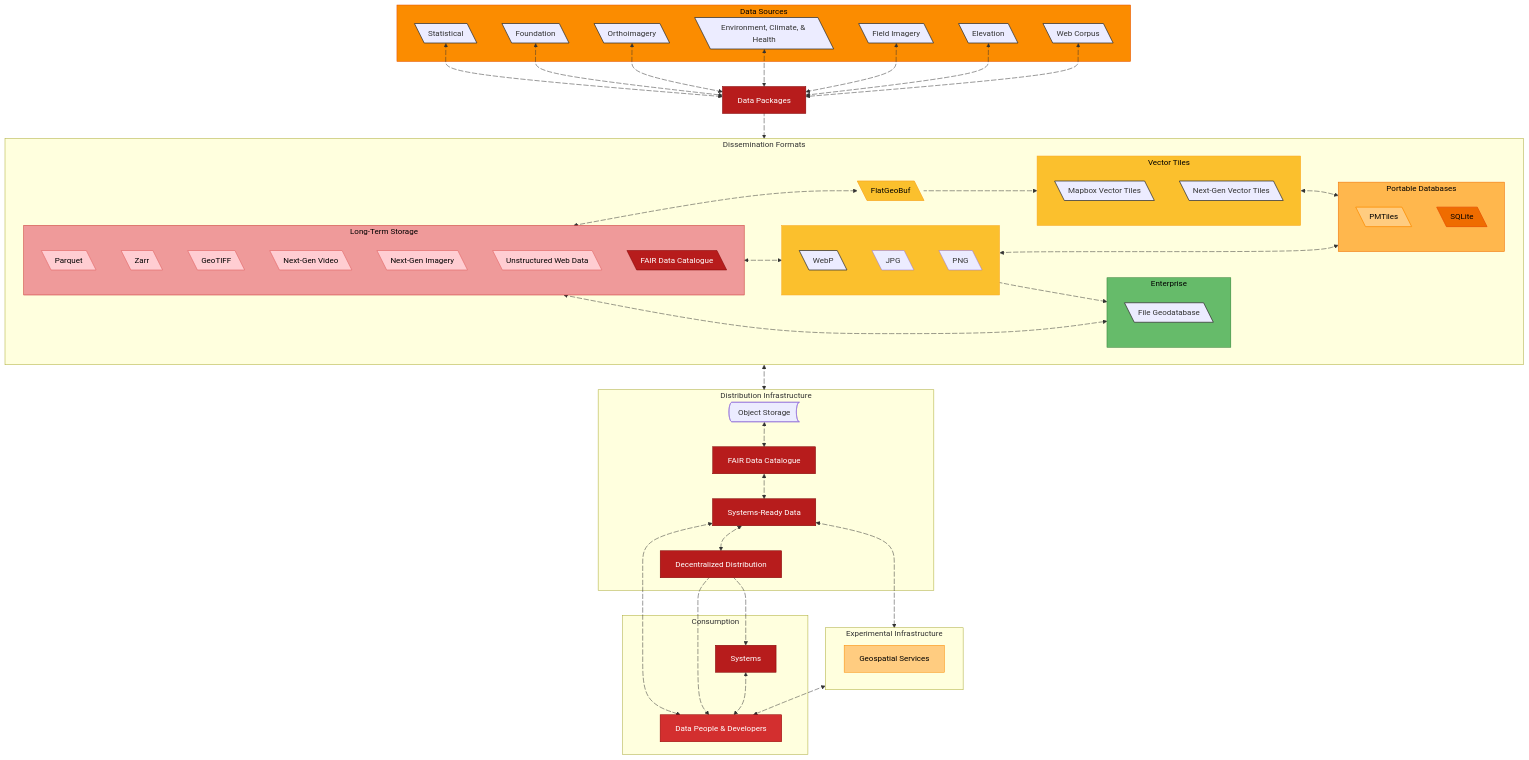
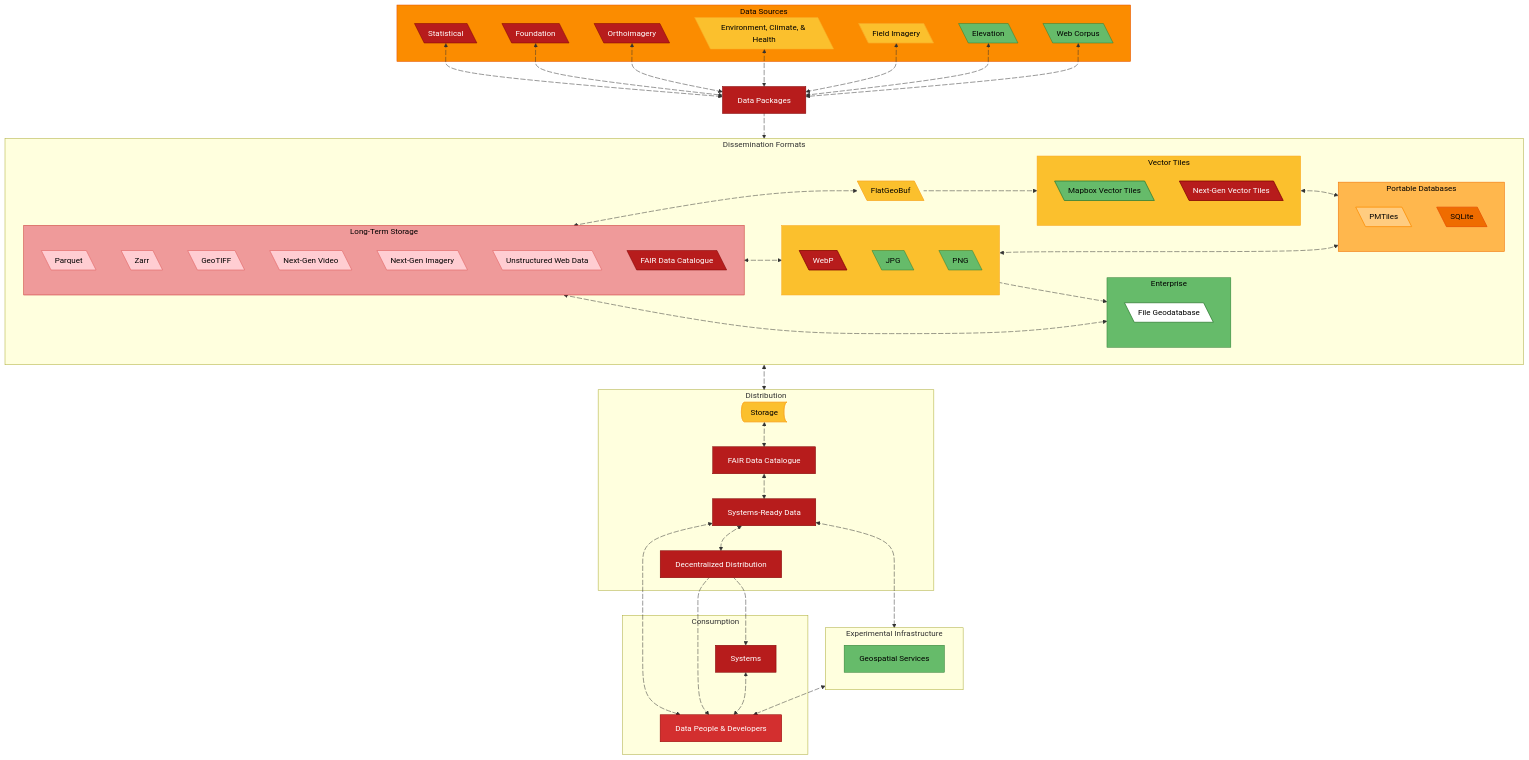
The diagram in high-level-overview-homepage.mermaid (dataforcanada/www.dataforcanada.org), drawn with Mermaid before and after one commit. The commit also changed 5 other files, not shown here.

Commit message:
Fixes. Updated high-level overview diagram with priorities: red is highest, then there's orange, and then green. If a shade is darker, it means it is higher priority

```diff
--- a/high-level-overview-homepage.mermaid
+++ b/high-level-overview-homepage.mermaid
@@ -9,9 +9,12 @@
         Foundation@{ shape: lean-l}
         Orthoimagery@{ shape: lean-l}
         EnvironmentClimate@{ shape: lean-l, label: "Environment, Climate, & Health"}
+        style EnvironmentClimate fill:#FBC02D,stroke:#F9A825,color:#000000
         FieldImagery@{ shape: lean-l, label: "Field Imagery"}
+        style FieldImagery fill:#FBC02D,stroke:#F9A825,color:#000000
+        WebCorpus@{ shape: lean-l, label: "Web Corpus"}
         Elevation@{ shape: lean-l}
-        WebCorpus@{ shape: lean-l, label: "Web Corpus"}
+        style WebCorpus fill:#66BB6A,stroke:#2E7D32,color:#000000
     end
 
     %% ---------------------------------------------------------
@@ -41,33 +44,46 @@
         %% Box: Vector Tiles (Pastel Orange)
         subgraph vt [Vector Tiles]
             VectorTiles@{ shape: lean-l, label: "Mapbox Vector Tiles"}
+            style VectorTiles fill:#66BB6A,stroke:#2E7D32,color:#000000
             NextGenVectorTiles@{ shape: lean-l, label: "Next-Gen Vector Tiles"}
+            style NextGenVectorTiles fill:#B71C1C,stroke:#7F0000,color:#FFFFFF
         end
 
         %% Box: Visuals (Pastel Blue - No Name)
         subgraph visuals [" "]
+            %% AVIF is not an option since QGIS does not seem to support it (I was surprised when my generated file was not compatible)
             WebP@{ shape: lean-l}
+            style WebP fill:#B71C1C,stroke:#7F0000,color:#FFFFFF
             JPG@{ shape: lean-l}
+            style JPG fill:#66BB6A,stroke:#2E7D32,color:#000000
             PNG@{ shape: lean-l}
+            style PNG fill:#66BB6A,stroke:#2E7D32,color:#000000
         end
 
         %% Box: Portable Databases (Pastel Green)
         subgraph pkg [Portable Databases]
+            %% Good format, but has some issues. I encountered issues when merging multiple adjoining PMTile files, the author is aware of these issues
             PMTiles@{ shape: lean-l}
+            %% Compatability with every OS. 
+            %% Fun fact, you don't even need an OS for running SQLite 
+            %% https://sqlite.org/selfcontained.html
             SQLite@{ shape: lean-l}
         end
 
         %% Box: Enterprise (Pastel Purple)
         subgraph ent [Enterprise]
             FileGeodatabase@{shape: lean-l, label: "File Geodatabase"}
+            style FileGeodatabase fill:#fff,stroke:#2E7D32,color:#000000
         end
     end
 
     %% ---------------------------------------------------------
     %% 5. DISTRIBUTION INFRASTRUCTURE
     %% ---------------------------------------------------------
-    subgraph di [Distribution Infrastructure]
-        ObjectStorage@{ shape: bow-rect, label: "Object Storage"}
+    subgraph di [Distribution]
+        %% My goals involve going beyond object storage, so use generic term
+        ObjectStorage@{ shape: bow-rect, label: "Storage"}
+        style ObjectStorage fill:#FBC02D,stroke:#F9A825,color:#000000
         Metadata@{ shape: rect, label: "FAIR Data Catalogue"}
         HTTP@{ shape: rect, label: "Systems-Ready Data"}
         DecentralizedDistribution@{ shape: rect, label: "Decentralized Distribution"}
@@ -78,6 +94,8 @@
     %% ---------------------------------------------------------
     subgraph ei [Experimental Infrastructure]
         GeoSpatialServices@{ shape: rect, label: "Geospatial Services"}
+        %% Does not make sense. Focus on delivering the data 
+        style GeoSpatialServices fill:#66BB6A,stroke:#2E7D32,color:#000000
     end
 
     %% ---------------------------------------------------------
@@ -178,6 +196,10 @@
 style HTTP fill:#B71C1C,stroke:#7F0000,color:#FFFFFF
 style Systems fill:#B71C1C,stroke:#7F0000,color:#FFFFFF
 style Metadata fill:#B71C1C,stroke:#7F0000,color:#FFFFFF
+style Statistical fill:#B71C1C,stroke:#7F0000,color:#FFFFFF
+style Foundation fill:#B71C1C,stroke:#7F0000,color:#FFFFFF
+style Orthoimagery fill:#B71C1C,stroke:#7F0000,color:#FFFFFF
+style Elevation fill:#66BB6A,stroke:#2E7D32,color:#000000
 
 %%style df fill:#D32F2F,stroke:#8E0000,color:#FFFFFF
 style sot fill:#EF9A9A,stroke:#C62828,color:#000000
@@ -202,10 +224,9 @@
 
 style ent fill:#66BB6A,stroke:#2E7D32,color:#000000
 style DataSci fill:#D32F2F,stroke:#8E0000,color:#FFFFFF
-style GeoSpatialServices fill:#FFCC80,stroke:#FB8C00,color:#000000
 
 
-class Foundation,Statistical,Orthoimagery,FieldImagery,EnvironmentClimate,Elevation,WebCorpus linkNode
+class FieldImagery linkNode
 class Parquet,FlatGeoBuf,SQLite,FileGeodatabase,VectorTiles,NextGenVectorTiles,GeoTIFF,Zarr,WebP,PMTiles,JPEGXL,AV1,WARC linkNode
 
     %% =========================================================
```
